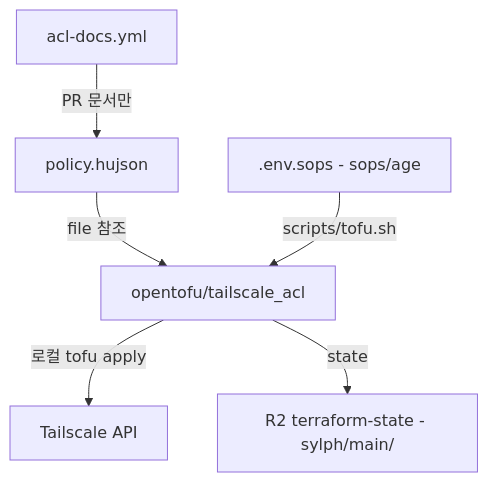
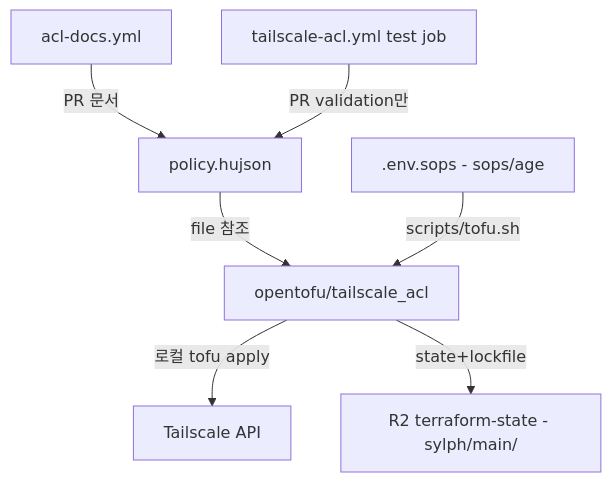
Before and after one commit to deuxksy/sylph: the diagram in docs/superpowers/specs/2026-07-25-tailscale-opentofu-migration-design.md, drawn with Mermaid. The commit also changed other lines of this file, not shown here.

````diff
--- a/docs/superpowers/specs/2026-07-25-tailscale-opentofu-migration-design.md
+++ b/docs/superpowers/specs/2026-07-25-tailscale-opentofu-migration-design.md
@@ -32,8 +33,9 @@
 ```mermaid
 graph TD
     A[policy.hujson] -->|file 참조| B[opentofu/tailscale_acl]
     B -->|로컬 tofu apply| C[Tailscale API]
     D[.env.sops - sops/age] -->|scripts/tofu.sh| B
-    B -->|state| E[R2 terraform-state - sylph/main/]
-    F[acl-docs.yml] -->|PR 문서만| A
+    B -->|state+lockfile| E[R2 terraform-state - sylph/main/]
+    F[acl-docs.yml] -->|PR 문서| A
+    G[tailscale-acl.yml test job] -->|PR validation만| A
 ```
````
